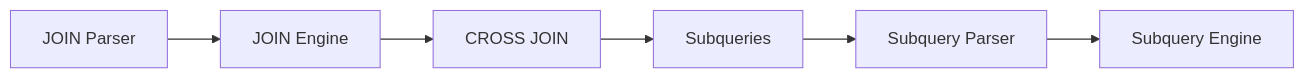
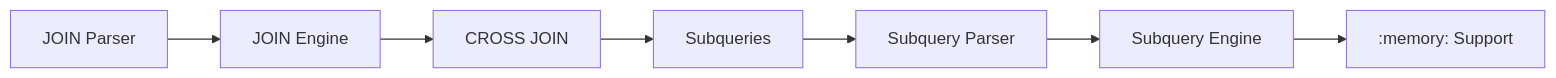
Before and after one commit to cyw0ng95/sqlvibe: the diagram in docs/plan-v0.3.x.md, drawn with Mermaid. The commit also changed other lines of this file and 1 other file, not shown here.

First line of the commit message:
docs: Update plan-v0.3.x - add :memory: support task, mark subqueries complete

````diff
--- a/docs/plan-v0.3.x.md
+++ b/docs/plan-v0.3.x.md
@@ -21,8 +22,9 @@
 ```mermaid
 graph LR
     P[JOIN Parser] --> E[JOIN Engine]
     E --> CJ[CROSS JOIN]
     CJ --> SQ[Subqueries]
     SQ --> SQ_P[Subquery Parser]
     SQ_P --> SQ_E[Subquery Engine]
+    SQ_E --> MEM[:memory: Support]
 ```
````
